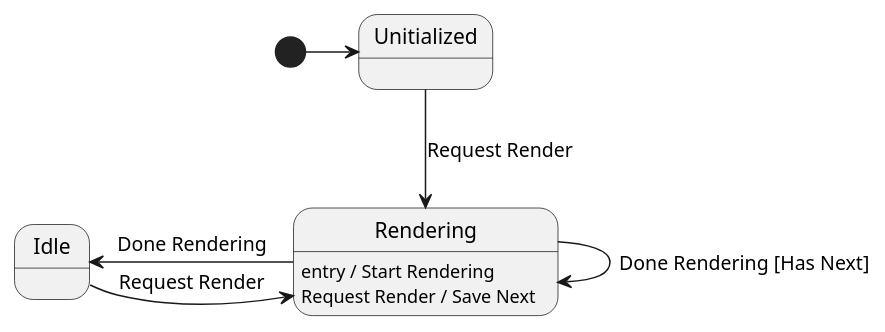
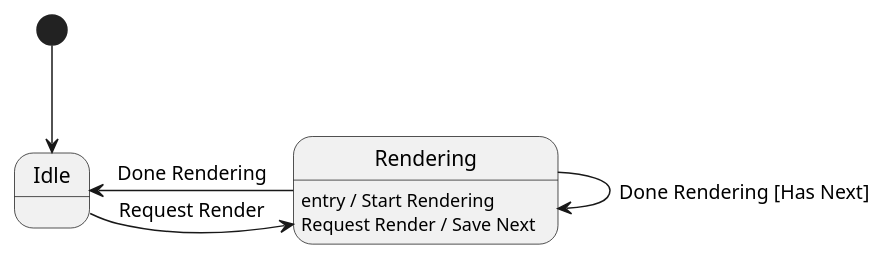
The diagram in src/BoundaryFinder/Renderer.plantuml (davidaramant/buddhabrot), drawn with PlantUML before and after one commit.

Commit message:
Unsaved diagram changes

```diff
--- a/src/BoundaryFinder/Renderer.plantuml
+++ b/src/BoundaryFinder/Renderer.plantuml
@@ -1,23 +1,20 @@
 @startuml Renderer
 
 ' Events:
 ' - Request Render
 ' - Done Rendering
 
-state Unitialized
 state Idle
 state Rendering {
     Rendering: entry / Start Rendering
     Rendering: Request Render / Save Next
 }
 
-[*] -> Unitialized
-
-Unitialized -d-> Rendering : Request Render
+[*] --> Idle
 
 Rendering -l-> Idle : Done Rendering
 Rendering -> Rendering : Done Rendering [Has Next]
 
 Idle -> Rendering : Request Render
 
 @enduml
```
